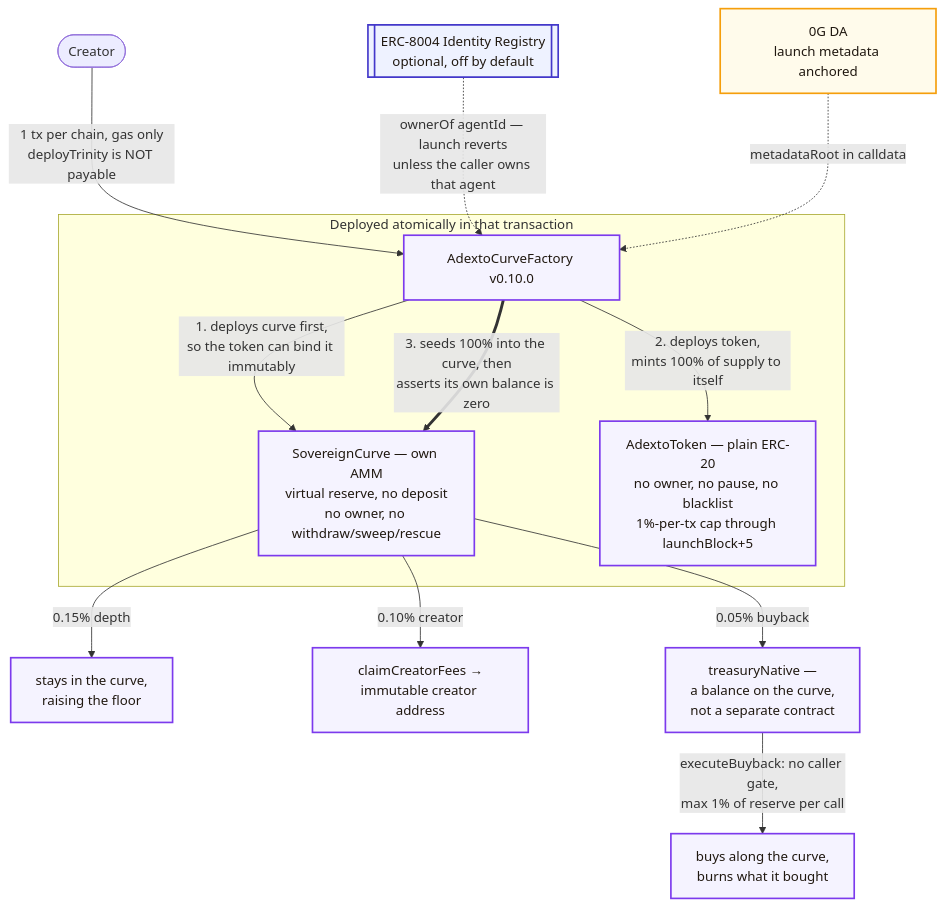
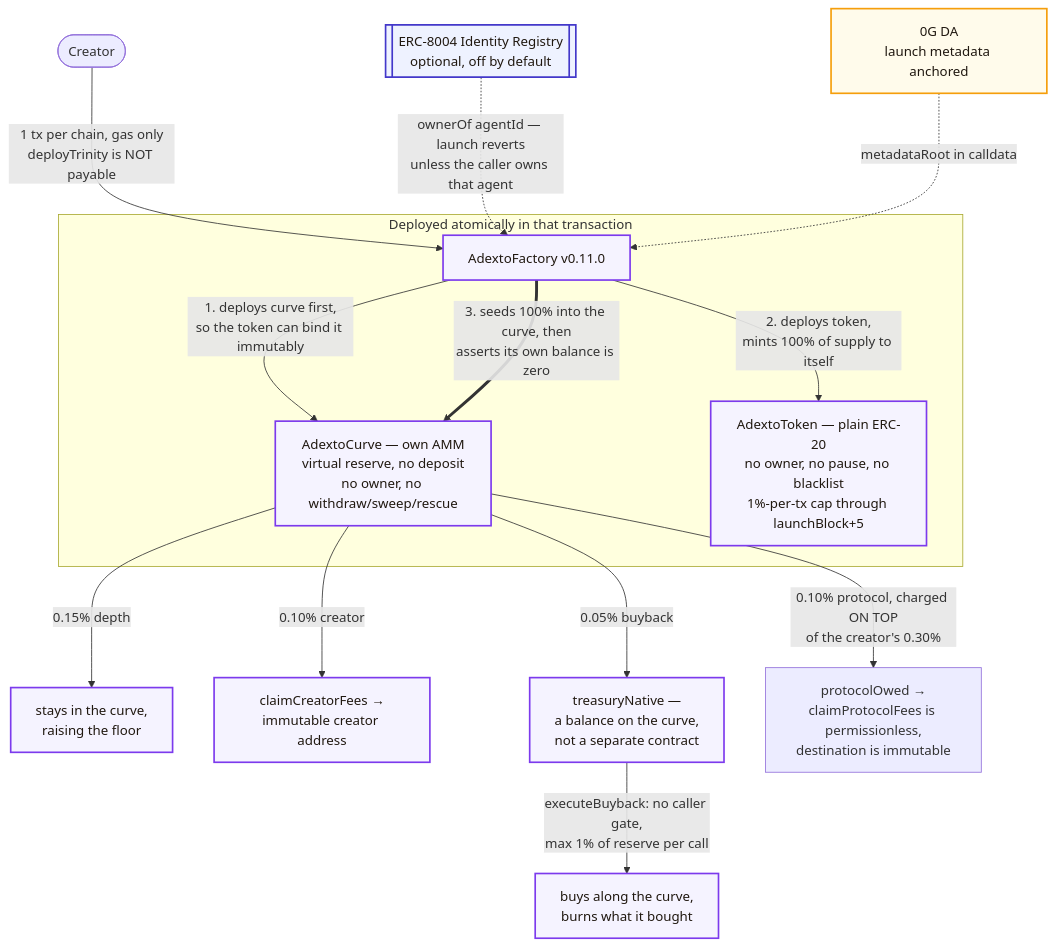
The diagram in README.md (0xcuy/adexto), drawn with Mermaid before and after one commit. The commit also changed other lines of this file and 23 other files, not shown here.

First line of the commit message:
Broadcast AdextoFactory 0.11.0 to all four mainnets

````diff
--- a/README.md
+++ b/README.md
@@ -40,26 +48,27 @@
 ```mermaid
 graph TD
-    Creator([Creator]) -->|1 tx per chain, gas only<br/>deployTrinity is NOT payable| Factory[AdextoCurveFactory v0.10.0]
+    Creator([Creator]) -->|1 tx per chain, gas only<br/>deployTrinity is NOT payable| Factory[AdextoFactory v0.11.0]
 
     Registry[[ERC-8004 Identity Registry<br/>optional, off by default]] -.->|ownerOf agentId — launch reverts<br/>unless the caller owns that agent| Factory
     Meta[0G DA<br/>launch metadata anchored] -.->|metadataRoot in calldata| Factory
 
     subgraph "Deployed atomically in that transaction"
-        Factory -->|1. deploys curve first,<br/>so the token can bind it immutably| Curve[SovereignCurve — own AMM<br/>virtual reserve, no deposit<br/>no owner, no withdraw/sweep/rescue]
+        Factory -->|1. deploys curve first,<br/>so the token can bind it immutably| Curve[AdextoCurve — own AMM<br/>virtual reserve, no deposit<br/>no owner, no withdraw/sweep/rescue]
         Factory -->|2. deploys token,<br/>mints 100% of supply to itself| Token[AdextoToken — plain ERC-20<br/>no owner, no pause, no blacklist<br/>1%-per-tx cap through launchBlock+5]
         Factory ==>|3. seeds 100% into the curve, then<br/>asserts its own balance is zero| Curve
     end
 
     Curve -->|0.15% depth| Depth[stays in the curve,<br/>raising the floor]
     Curve -->|0.10% creator| CreatorFee[claimCreatorFees →<br/>immutable creator address]
     Curve -->|0.05% buyback| Vault[treasuryNative —<br/>a balance on the curve,<br/>not a separate contract]
+    Curve -->|0.10% protocol, charged ON TOP<br/>of the creator's 0.30%| Protocol[protocolOwed →<br/>claimProtocolFees is permissionless,<br/>destination is immutable]
 
     Vault -->|executeBuyback: no caller gate,<br/>max 1% of reserve per call| Burn[buys along the curve,<br/>burns what it bought]
 
     classDef live fill:#f5f3ff,stroke:#7c3aed,stroke-width:2px,color:#201810;
     classDef partial fill:#fffbeb,stroke:#f59e0b,stroke-width:2px,color:#201810;
     classDef ext fill:#eef2ff,stroke:#4338ca,stroke-width:2px,color:#201810;
     class Factory,Token,Curve,Depth,CreatorFee,Vault,Burn live;
     class Meta partial;
     class Registry ext;
 ```
````
